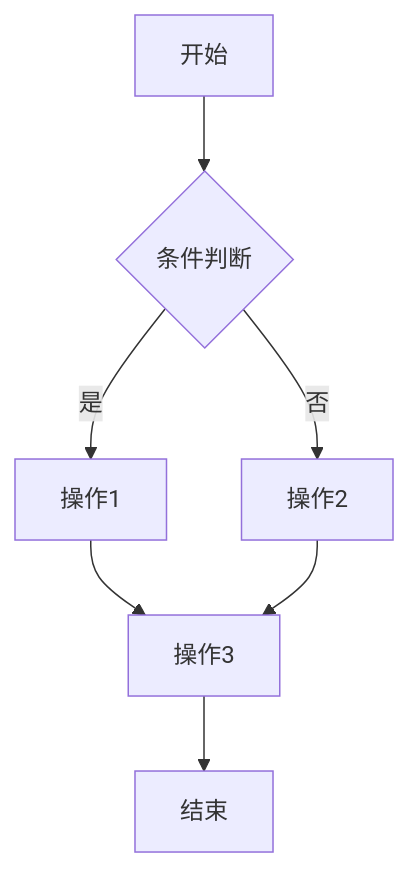
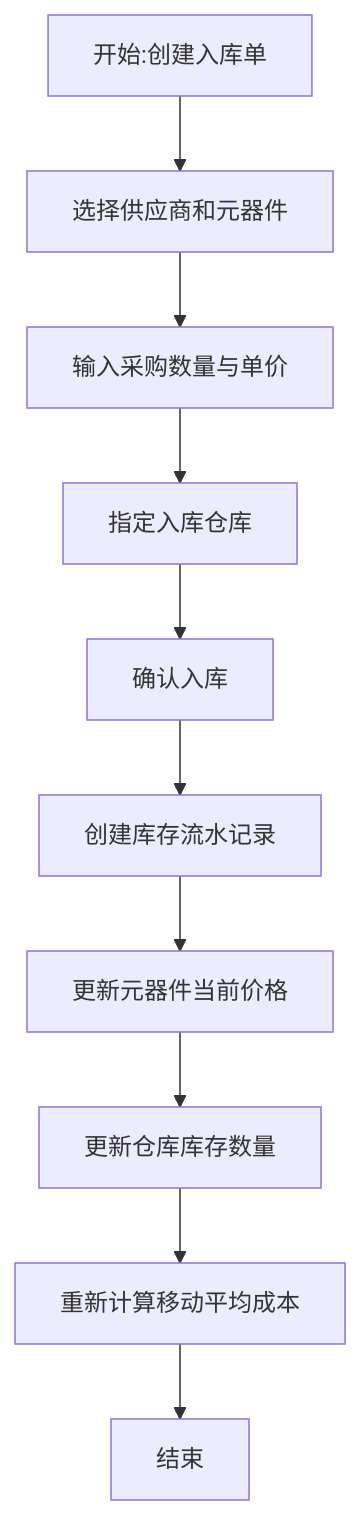
The first of 5 diagrams in 01_功能说明.md (NorthBridgeAthlon64/HPLM_SQL), drawn with Mermaid before and after one commit. The commit also changed other lines of this file, not shown here.

````diff
--- a/01_功能说明.md
+++ b/01_功能说明.md
@@ -42,9 +9,12 @@
 ```mermaid
 flowchart TD
-    A[开始] --> B{条件判断}
-    B -->|是| C[操作1]
-    B -->|否| D[操作2]
-    C --> E[操作3]
-    D --> E
-    E --> F[结束]
+    A[开始:创建入库单] --> B[选择供应商和元器件]
+    B --> C[输入采购数量与单价]
+    C --> D[指定入库仓库]
+    D --> E[确认入库]
+    E --> F[创建库存流水记录]
+    F --> G[更新元器件当前价格]
+    G --> H[更新仓库库存数量]
+    H --> I[重新计算移动平均成本]
+    I --> J[结束]
 ```
````
